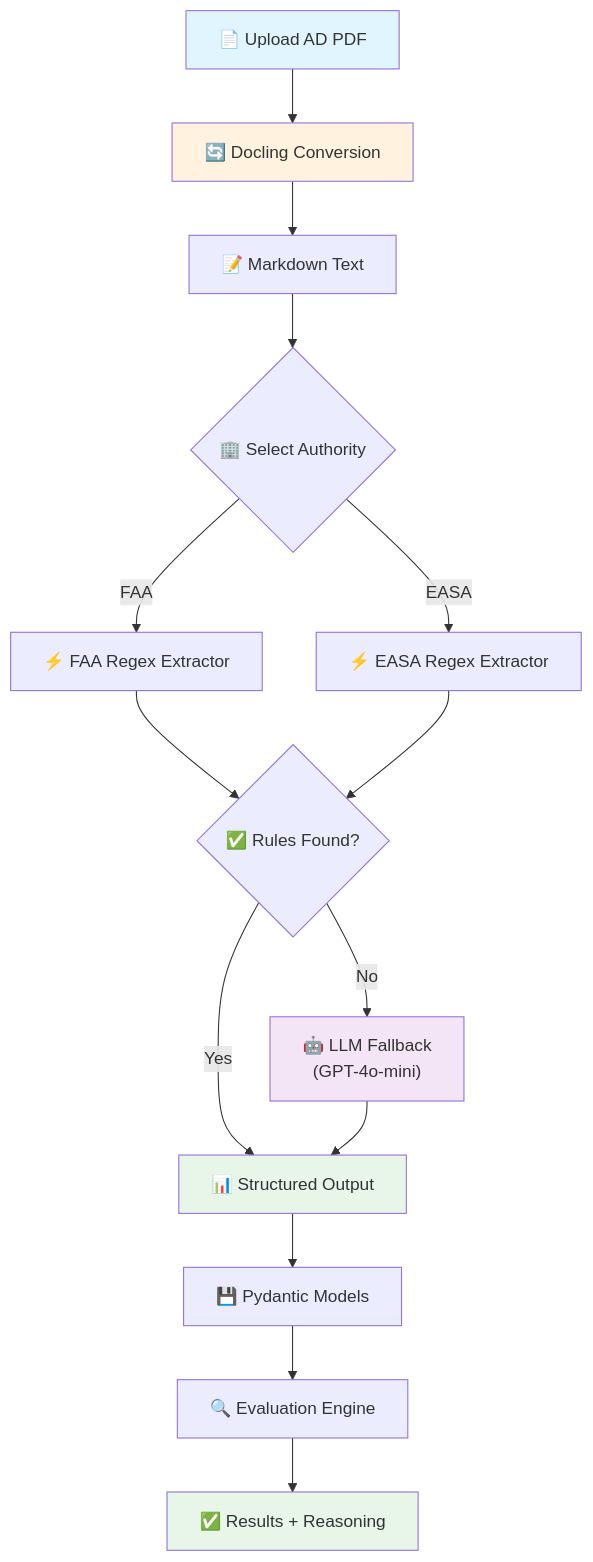
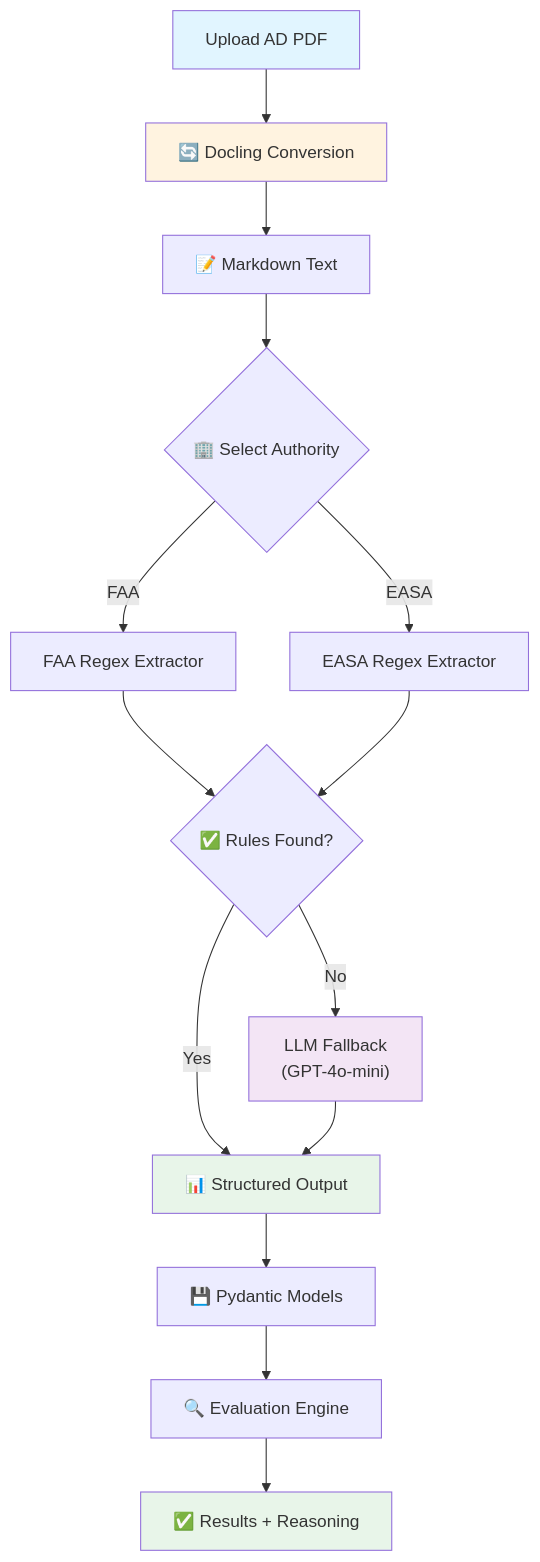
The diagram in report.md (ZidanMau24/AD-Extraction-Pipeline-Assesment), drawn with Mermaid before and after one commit.

````diff
--- a/report.md
+++ b/report.md
@@ -7,22 +7,22 @@
 ```mermaid
 flowchart TD
-    A["📄 Upload AD PDF"] --> B["🔄 Docling Conversion"]
+    A[" Upload AD PDF"] --> B["🔄 Docling Conversion"]
     B --> C["📝 Markdown Text"]
     C --> D{"🏢 Select Authority"}
-    D -->|FAA| E["⚡ FAA Regex Extractor"]
-    D -->|EASA| F["⚡ EASA Regex Extractor"]
+    D -->|FAA| E[" FAA Regex Extractor"]
+    D -->|EASA| F[" EASA Regex Extractor"]
     E --> G{"✅ Rules Found?"}
     F --> G
     G -->|Yes| H["📊 Structured Output"]
-    G -->|No| I["🤖 LLM Fallback<br/>(GPT-4o-mini)"]
+    G -->|No| I[" LLM Fallback<br/>(GPT-4o-mini)"]
     I --> H
     H --> J["💾 Pydantic Models"]
     J --> K["🔍 Evaluation Engine"]
     K --> L["✅ Results + Reasoning"]
     
     style A fill:#e1f5ff
     style B fill:#fff3e0
     style I fill:#f3e5f5
     style H fill:#e8f5e9
     style L fill:#e8f5e9
 ```
````
